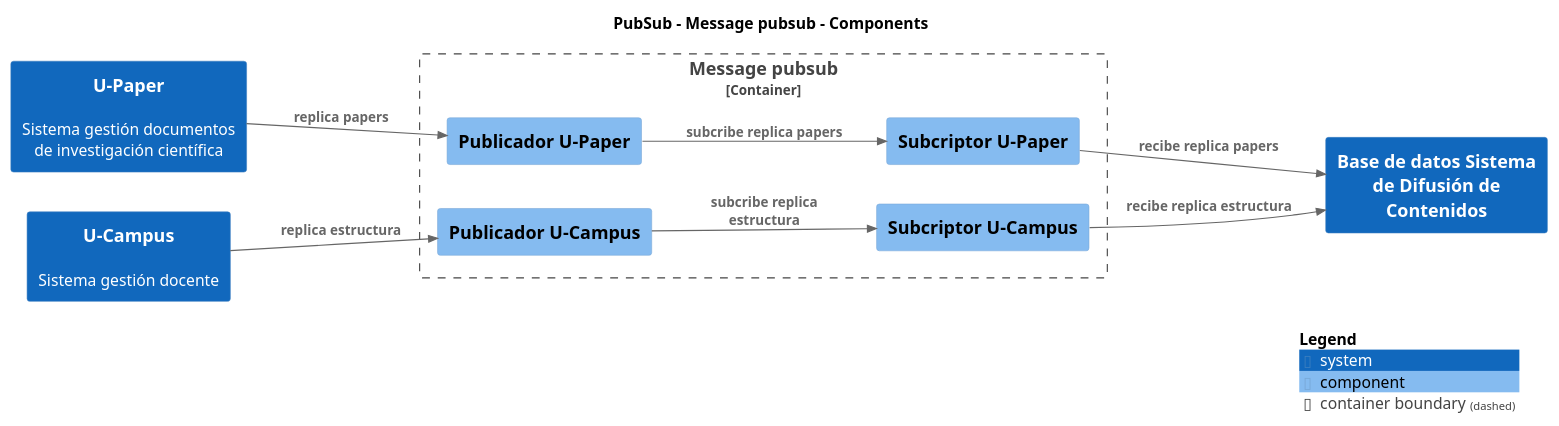
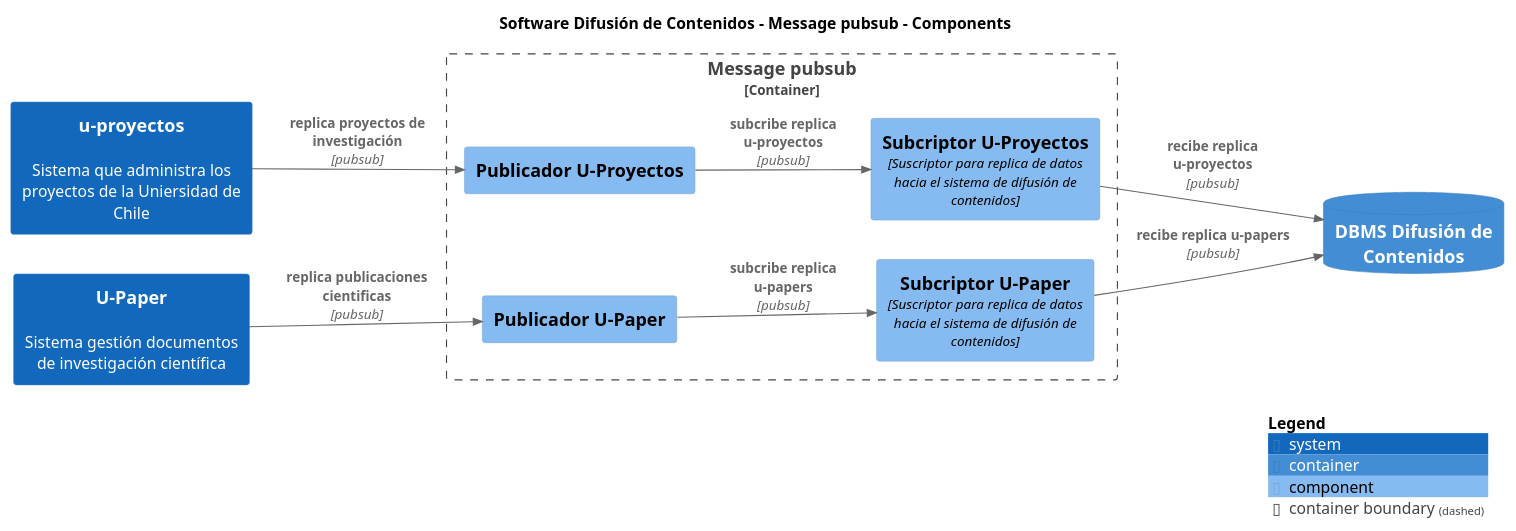
One commit to nbrx/c4-dcc-arq changed the diagram in build/site/puml/Component-003-Component-003.puml. Above: the diagram before and after it, drawn with PlantUML. The commit also changed 130 other files, not shown here.

```diff
--- a/build/site/puml/Component-003-Component-003.puml
+++ b/build/site/puml/Component-003-Component-003.puml
@@ -1,32 +1,33 @@
 @startuml
 set separator none
-title PubSub - Message pubsub - Components
+title Software Difusión de Contenidos - Message pubsub - Components
 
 left to right direction
 
 !include <C4/C4>
 !include <C4/C4_Context>
+!include <C4/C4_Container>
 !include <C4/C4_Component>
 
 skinparam svgDimensionStyle false
 skinparam preserveAspectRatio meet
-System(BasededatosSistemadeDifusióndeContenidos, "Base de datos Sistema de Difusión de Contenidos", "", $tags="")[[../../base-de-datos-sistema-de-difusión-de-contenidos/context/]]
+ContainerDb(SoftwareDifusióndeContenidos.DBMSDifusióndeContenidos, "DBMS Difusión de Contenidos", "", $tags="")
+System(uproyectos, "u-proyectos", "Sistema que administra los proyectos de la Uniersidad de Chile", $tags="")[[../../u-proyectos/context/]]
 System(UPaper, "U-Paper", "Sistema gestión documentos de investigación científica", $tags="")[[../../u-paper/context/]]
-System(UCampus, "U-Campus", "Sistema gestión docente", $tags="")[[../../u-campus/context/]]
 
-Container_Boundary("PubSub.Messagepubsub_boundary", "Message pubsub", $tags="") {
-  Component(PubSub.Messagepubsub.PublicadorUPaper, "Publicador U-Paper", "", $tags="")
-  Component(PubSub.Messagepubsub.SubcriptorUCampus, "Subcriptor U-Campus", "", $tags="")
-  Component(PubSub.Messagepubsub.SubcriptorUPaper, "Subcriptor U-Paper", "", $tags="")
-  Component(PubSub.Messagepubsub.PublicadorUCampus, "Publicador U-Campus", "", $tags="")
+Container_Boundary("SoftwareDifusióndeContenidos.Messagepubsub_boundary", "Message pubsub", $tags="") {
+  Component(SoftwareDifusióndeContenidos.Messagepubsub.PublicadorUPaper, "Publicador U-Paper", "", $tags="")
+  Component(SoftwareDifusióndeContenidos.Messagepubsub.PublicadorUProyectos, "Publicador U-Proyectos", "", $tags="")
+  Component(SoftwareDifusióndeContenidos.Messagepubsub.SubcriptorUProyectos, "Subcriptor U-Proyectos", "Suscriptor para replica de datos hacia el sistema de difusión de contenidos", $tags="")
+  Component(SoftwareDifusióndeContenidos.Messagepubsub.SubcriptorUPaper, "Subcriptor U-Paper", "Suscriptor para replica de datos hacia el sistema de difusión de contenidos", $tags="")
 }
 
-Rel_D(PubSub.Messagepubsub.PublicadorUCampus, PubSub.Messagepubsub.SubcriptorUCampus, "subcribe replica estructura", $tags="")
-Rel_D(PubSub.Messagepubsub.SubcriptorUCampus, BasededatosSistemadeDifusióndeContenidos, "recibe replica estructura", $tags="")
-Rel_D(PubSub.Messagepubsub.PublicadorUPaper, PubSub.Messagepubsub.SubcriptorUPaper, "subcribe replica papers", $tags="")
-Rel_D(PubSub.Messagepubsub.SubcriptorUPaper, BasededatosSistemadeDifusióndeContenidos, "recibe replica papers", $tags="")
-Rel_D(UCampus, PubSub.Messagepubsub.PublicadorUCampus, "replica estructura", $tags="")
-Rel_D(UPaper, PubSub.Messagepubsub.PublicadorUPaper, "replica papers", $tags="")
+Rel_D(uproyectos, SoftwareDifusióndeContenidos.Messagepubsub.PublicadorUProyectos, "replica proyectos de investigación", "pubsub", $tags="")
+Rel_D(SoftwareDifusióndeContenidos.Messagepubsub.PublicadorUProyectos, SoftwareDifusióndeContenidos.Messagepubsub.SubcriptorUProyectos, "subcribe replica u-proyectos", "pubsub", $tags="")
+Rel_D(SoftwareDifusióndeContenidos.Messagepubsub.SubcriptorUProyectos, SoftwareDifusióndeContenidos.DBMSDifusióndeContenidos, "recibe replica u-proyectos", "pubsub", $tags="")
+Rel_D(UPaper, SoftwareDifusióndeContenidos.Messagepubsub.PublicadorUPaper, "replica publicaciones cientificas", "pubsub", $tags="")
+Rel_D(SoftwareDifusióndeContenidos.Messagepubsub.PublicadorUPaper, SoftwareDifusióndeContenidos.Messagepubsub.SubcriptorUPaper, "subcribe replica u-papers", "pubsub", $tags="")
+Rel_D(SoftwareDifusióndeContenidos.Messagepubsub.SubcriptorUPaper, SoftwareDifusióndeContenidos.DBMSDifusióndeContenidos, "recibe replica u-papers", "pubsub", $tags="")
 
 SHOW_LEGEND(true)
 @enduml
```
